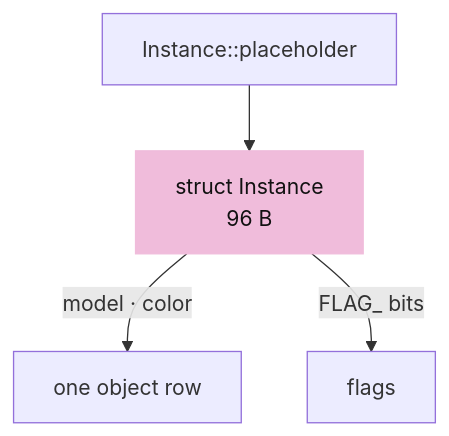
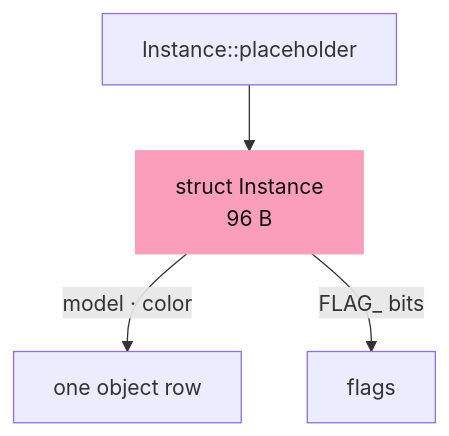
Before and after one commit to petrasvestartas/session: the second of 6 diagrams in session_viewer/docs/03-identity.md, drawn with Mermaid. The commit also changed other lines of this file and 328 other files, not shown here.

First line of the commit message:
Course: the palette you sent, and mermaid drawn like the drawings

````diff
--- a/session_viewer/docs/03-identity.md
+++ b/session_viewer/docs/03-identity.md
@@ -37,7 +37,7 @@
 ```mermaid
 flowchart TB
     P["Instance::placeholder"] --> I["struct Instance<br/>96 B"]
     I -- "model · color" --> R["one object row"]
     I -- "FLAG_ bits" --> F["flags"]
-    style I fill:#f0bcdb,stroke:#f0bcdb,color:#111
+    style I fill:#fa9ebc,stroke:#fa9ebc,color:#111
 ```
````
